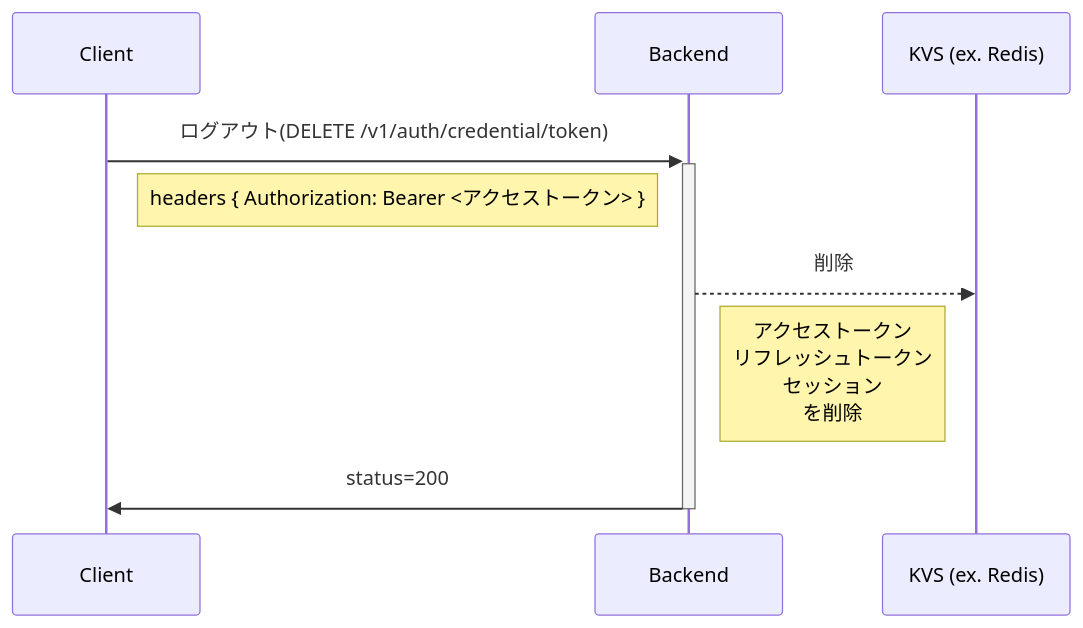
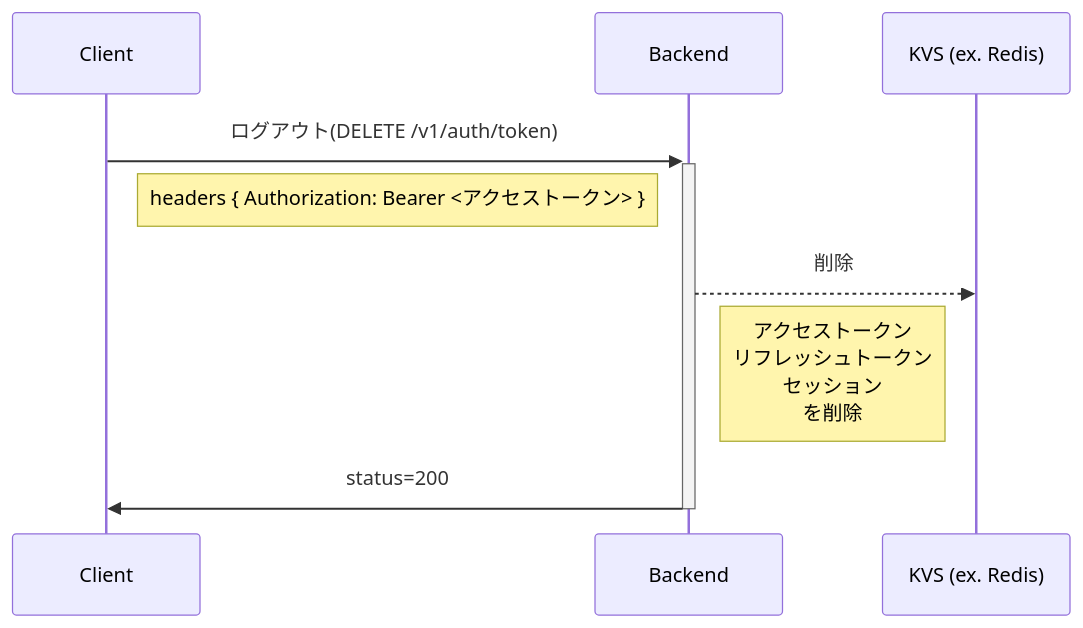
One commit to gtaiyou24/saas-dashboard-boilerplate changed the fourth of 4 diagrams in backend/doc/AUTHORIZATION.md. Above: the diagram before and after it, drawn with Mermaid. The commit also changed other lines of this file, not shown here.

````diff
--- a/backend/doc/AUTHORIZATION.md
+++ b/backend/doc/AUTHORIZATION.md
@@ -42,12 +81,12 @@
 ```mermaid
 sequenceDiagram
     participant C as Client
     participant B as Backend
     participant R as KVS (ex. Redis)
 
-    C->>+B: ログアウト(DELETE /v1/auth/credential/token)
+    C->>+B: ログアウト(DELETE /v1/auth/token)
     Note right of C: headers { Authorization: Bearer <アクセストークン> }
     B-->>R: 削除
     Note right of B: アクセストークン<br>リフレッシュトークン<br>セッション<br>を削除
     B->>-C: status=200
 ```
````
